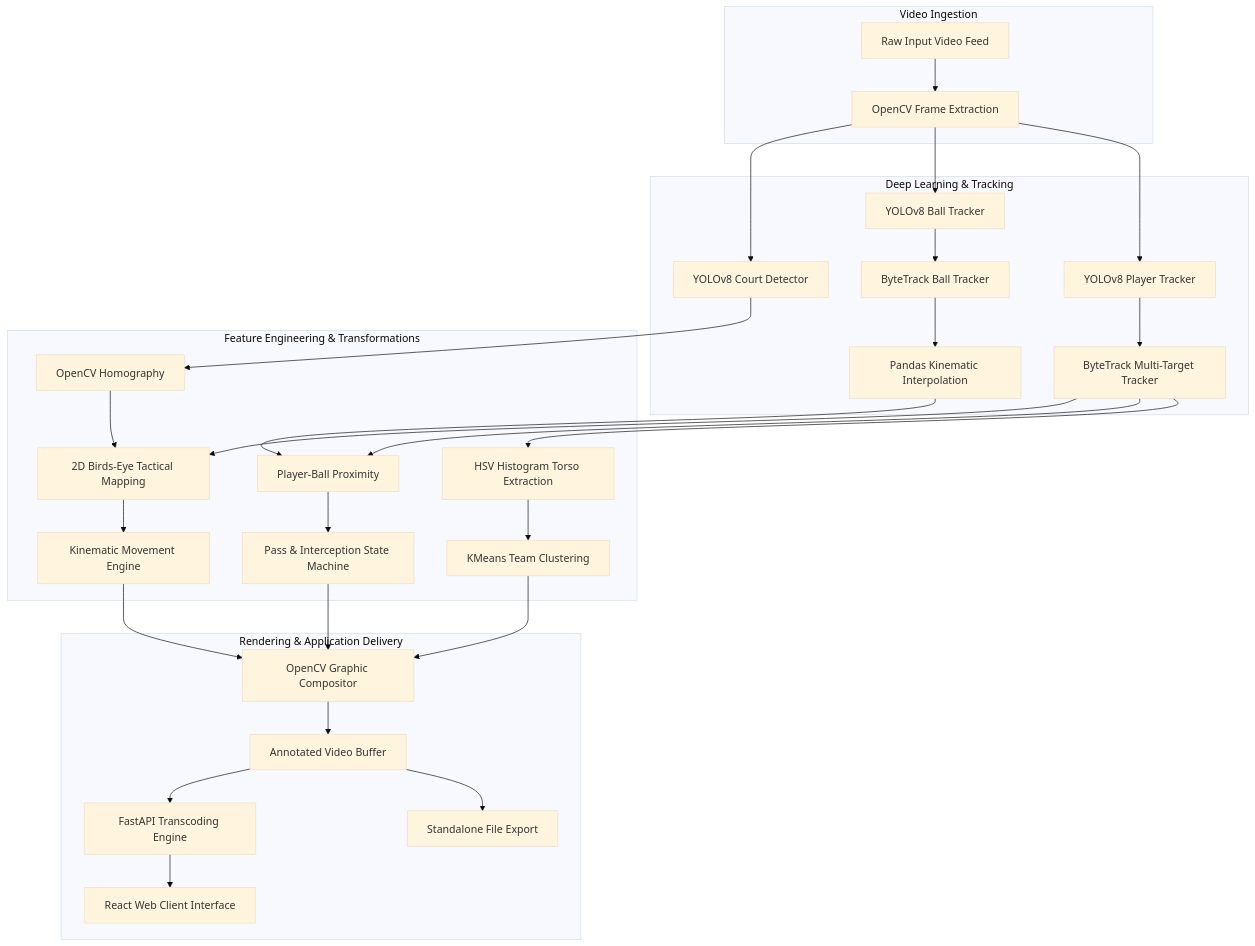
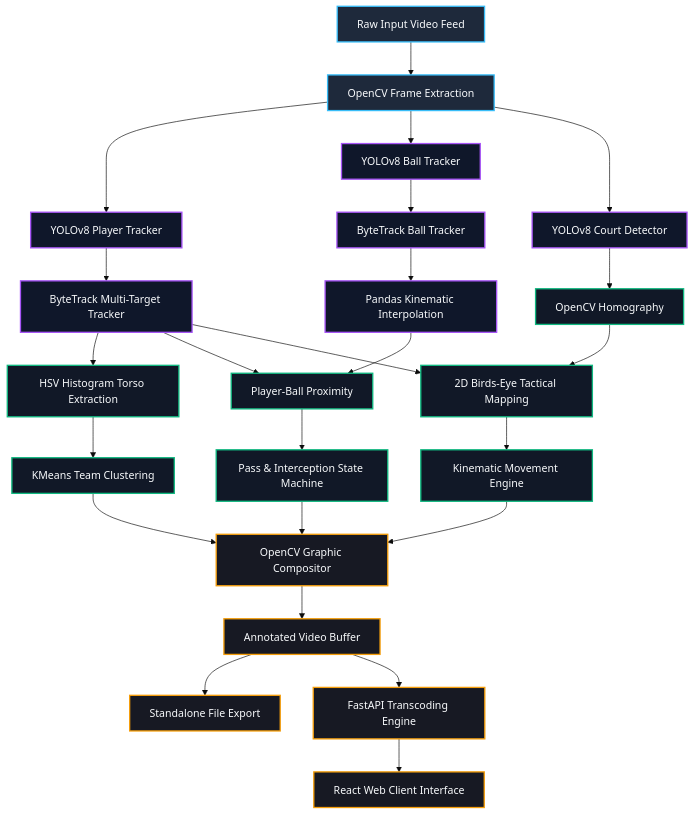
Before and after one commit to adoniasketema/CourtVision: the diagram in README.md, drawn with Mermaid (base theme).

Commit message:
docs: remove subgraphs to force a continuous vertical mermaid diagram layout

````diff
--- a/README.md
+++ b/README.md
@@ -87,41 +87,47 @@
 ```mermaid
 flowchart TD
-    subgraph Input ["Video Ingestion"]
-        A[Raw Input Video Feed] --> B[OpenCV Frame Extraction]
-    end
+    %% Input Layer
+    A[Raw Input Video Feed] --> B[OpenCV Frame Extraction]
 
-    subgraph Inference ["Deep Learning & Tracking"]
-        B --> C[YOLOv8 Player Tracker]
-        B --> D[YOLOv8 Ball Tracker]
-        B --> E[YOLOv8 Court Detector]
-        
-        C --> F[ByteTrack Multi-Target Tracker]
-        D --> G[ByteTrack Ball Tracker]
-        G --> H[Pandas Kinematic Interpolation]
-    end
+    %% Deep Learning & Tracking
+    B --> C[YOLOv8 Player Tracker]
+    B --> D[YOLOv8 Ball Tracker]
+    B --> E[YOLOv8 Court Detector]
+    
+    C --> F[ByteTrack Multi-Target Tracker]
+    D --> G[ByteTrack Ball Tracker]
+    G --> H[Pandas Kinematic Interpolation]
 
-    subgraph Analytics ["Feature Engineering & Transformations"]
-        F --> I[HSV Histogram Torso Extraction]
-        I --> J[KMeans Team Clustering]
-        
-        F --> K[Player-Ball Proximity]
-        H --> K
-        K --> L[Pass & Interception State Machine]
-        
-        E --> M[OpenCV Homography]
-        M --> N[2D Birds-Eye Tactical Mapping]
-        F --> N
-        N --> O[Kinematic Movement Engine]
-    end
+    %% Feature Engineering & Transformations
+    F --> I[HSV Histogram Torso Extraction]
+    I --> J[KMeans Team Clustering]
+    
+    F --> K[Player-Ball Proximity]
+    H --> K
+    K --> L[Pass & Interception State Machine]
+    
+    E --> M[OpenCV Homography]
+    M --> N[2D Birds-Eye Tactical Mapping]
+    F --> N
+    N --> O[Kinematic Movement Engine]
 
-    subgraph Output ["Rendering & Application Delivery"]
-        J --> P[OpenCV Graphic Compositor]
-        L --> P
-        O --> P
-        P --> Q[Annotated Video Buffer]
-        
-        Q --> R[Standalone File Export]
-        Q --> S[FastAPI Transcoding Engine]
-        S --> T[React Web Client Interface]
-    end
+    %% Rendering & Application Delivery
+    J --> P[OpenCV Graphic Compositor]
+    L --> P
+    O --> P
+    P --> Q[Annotated Video Buffer]
+    
+    Q --> R[Standalone File Export]
+    Q --> S[FastAPI Transcoding Engine]
+    S --> T[React Web Client Interface]
+
+    classDef input fill:#1E293B,stroke:#38BDF8,color:#F8FAFC,stroke-width:2px;
+    classDef inference fill:#0F172A,stroke:#A855F7,color:#F8FAFC,stroke-width:2px;
+    classDef analytics fill:#111827,stroke:#10B981,color:#F8FAFC,stroke-width:2px;
+    classDef output fill:#171923,stroke:#F59E0B,color:#F8FAFC,stroke-width:2px;
+    
+    class A,B input;
+    class C,D,E,F,G,H inference;
+    class I,J,K,L,M,N,O analytics;
+    class P,Q,R,S,T output;
 ```
````
